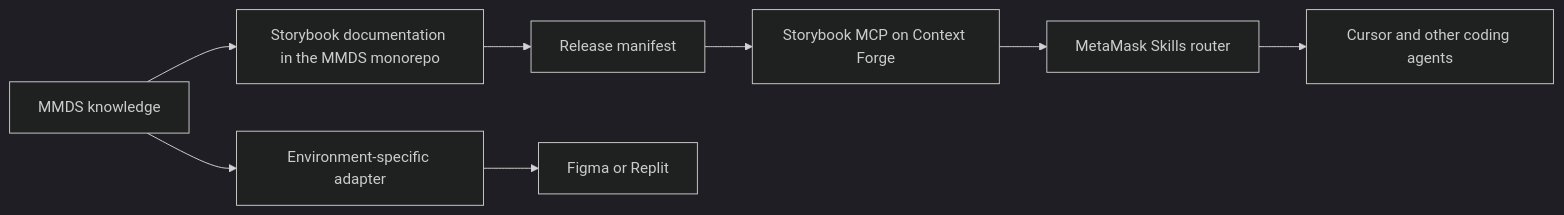
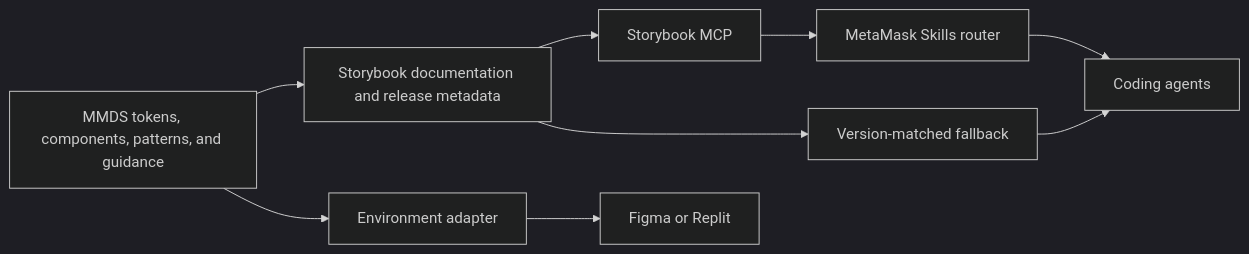
The fifth of 5 diagrams in docs/agentic-design-system-strategy.md (MetaMask/metamask-design-system), drawn with Mermaid (dark theme) before and after one commit. The commit also changed other lines of this file and 5 other files, not shown here.

````diff
--- a/docs/agentic-design-system-strategy.md
+++ b/docs/agentic-design-system-strategy.md
@@ -229,10 +426,11 @@
 ```mermaid
 flowchart LR
-  A[MMDS knowledge] --> B[Storybook documentation in the MMDS monorepo]
-  B --> C[Release manifest]
-  C --> D[Storybook MCP on Context Forge]
-  D --> E[MetaMask Skills router]
-  E --> F[Cursor and other coding agents]
-  A --> G[Environment-specific adapter]
+  A[MMDS tokens, components, patterns, and guidance] --> B[Storybook documentation and release metadata]
+  B --> C[Storybook MCP]
+  C --> D[MetaMask Skills router]
+  D --> E[Coding agents]
+  B --> F[Version-matched fallback]
+  F --> E
+  A --> G[Environment adapter]
   G --> H[Figma or Replit]
 ```
````
